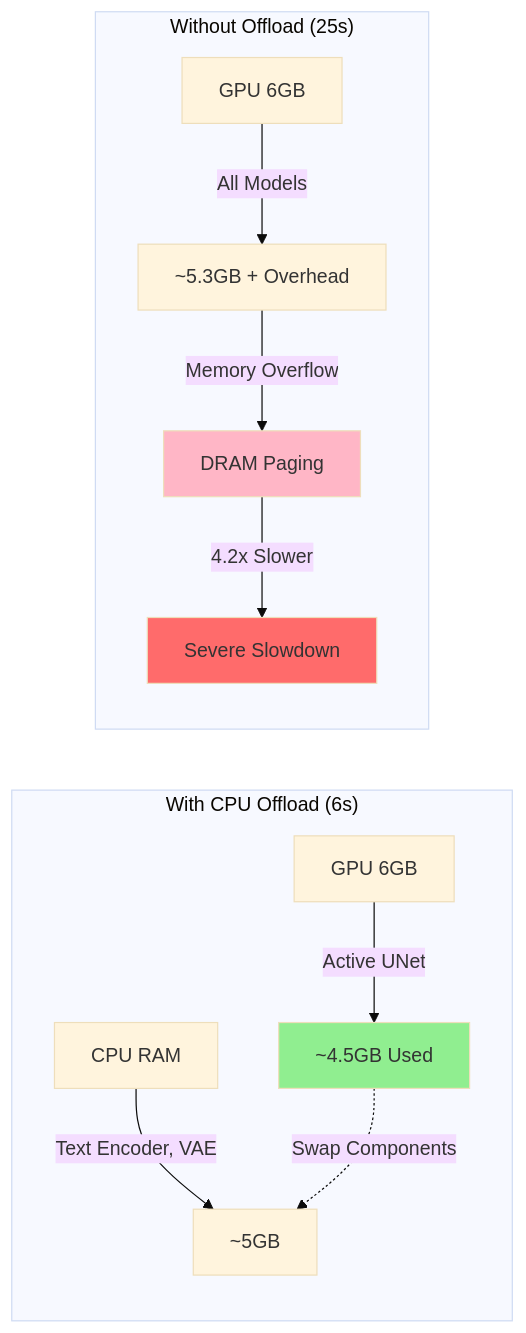
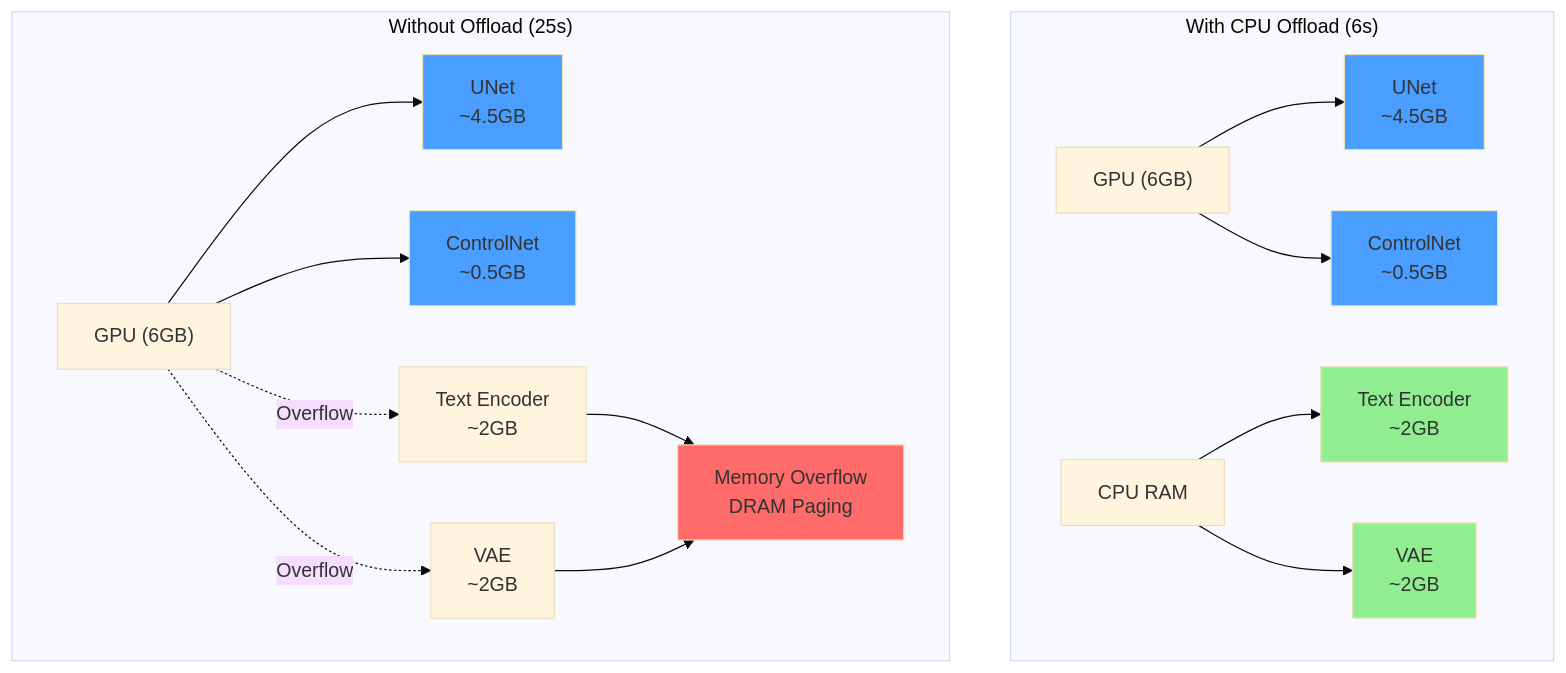
The second of 2 diagrams in README.md (vismaychuriwala/Fast-Image-Editing-with-Generative-Models), drawn with Mermaid (base theme) before and after one commit. The commit also changed other lines of this file and 32 other files, not shown here.

````diff
--- a/README.md
+++ b/README.md
@@ -135,18 +132,40 @@
 ```mermaid
-graph LR
+graph TB
     subgraph "With CPU Offload (6s)"
-        A1[GPU 6GB] -->|Active UNet| A2[~4.5GB Used]
-        A3[CPU RAM] -->|Text Encoder, VAE| A4[~5GB]
-        A2 -.->|Swap Components| A4
+        A1["GPU (6GB)"]
+        A2["UNet<br/>~4.5GB"]
+        A3["ControlNet<br/>~0.5GB"]
+        A4["CPU RAM"]
+        A5["Text Encoder<br/>~2GB"]
+        A6["VAE<br/>~2GB"]
+
+        A1 --> A2
+        A1 --> A3
+        A4 --> A5
+        A4 --> A6
     end
 
     subgraph "Without Offload (25s)"
-        B1[GPU 6GB] -->|All Models| B2[~5.3GB + Overhead]
-        B2 -->|Memory Overflow| B3[DRAM Paging]
-        B3 -->|4.2x Slower| B4[Severe Slowdown]
+        B1["GPU (6GB)"]
+        B2["UNet<br/>~4.5GB"]
+        B3["ControlNet<br/>~0.5GB"]
+        B4["Text Encoder<br/>~2GB"]
+        B5["VAE<br/>~2GB"]
+        B6["Memory Overflow<br/>DRAM Paging"]
+
+        B1 --> B2
+        B1 --> B3
+        B1 -.->|Overflow| B4
+        B1 -.->|Overflow| B5
+        B4 --> B6
+        B5 --> B6
     end
 
-    style A2 fill:#90EE90
-    style B3 fill:#FFB6C6
-    style B4 fill:#FF6B6B
+    style A2 fill:#4a9eff
+    style A3 fill:#4a9eff
+    style A5 fill:#90ee90
+    style A6 fill:#90ee90
+    style B2 fill:#4a9eff
+    style B3 fill:#4a9eff
+    style B6 fill:#ff6b6b
 ```
````
